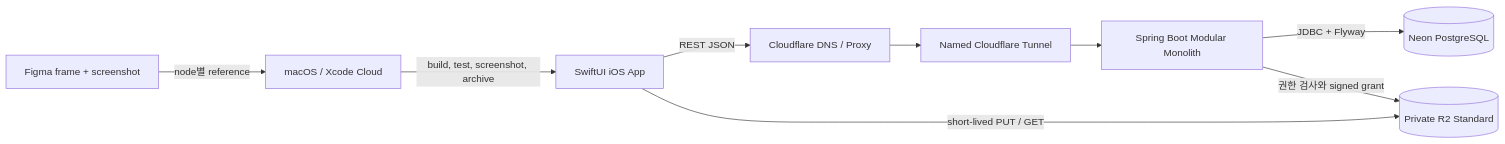
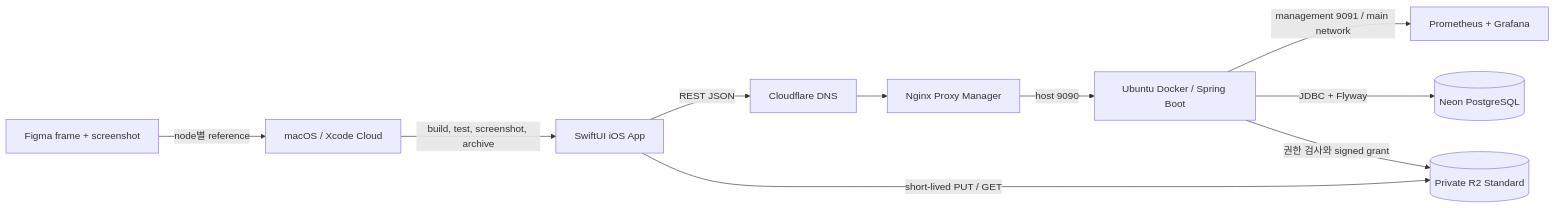
Before and after one commit to kim946509/moneysnap: the first of 2 diagrams in docs/ARCHITECTURE.md, drawn with Mermaid. The commit also changed other lines of this file and 31 other files, not shown here.

Commit message:
feat: Ubuntu Docker 서버 배포 및 모니터링 연동

````diff
--- a/docs/ARCHITECTURE.md
+++ b/docs/ARCHITECTURE.md
@@ -17,20 +17,22 @@
 ```mermaid
 flowchart LR
     IOS["SwiftUI iOS App"]
-    EDGE["Cloudflare DNS / Proxy"]
-    TUNNEL["Named Cloudflare Tunnel"]
-    API["Spring Boot Modular Monolith"]
+    EDGE["Cloudflare DNS"]
+    NPM["Nginx Proxy Manager"]
+    API["Ubuntu Docker / Spring Boot"]
+    MON["Prometheus + Grafana"]
     DB[("Neon PostgreSQL")]
     R2[("Private R2 Standard")]
     MAC["macOS / Xcode Cloud"]
     FIGMA["Figma frame + screenshot"]
 
     IOS -->|"REST JSON"| EDGE
-    EDGE --> TUNNEL
-    TUNNEL --> API
+    EDGE --> NPM
+    NPM -->|"host 9090"| API
+    API -->|"management 9091 / main network"| MON
     API -->|"JDBC + Flyway"| DB
     API -->|"권한 검사와 signed grant"| R2
     IOS -->|"short-lived PUT / GET"| R2
     FIGMA -->|"node별 reference"| MAC
     MAC -->|"build, test, screenshot, archive"| IOS
 ```
````
